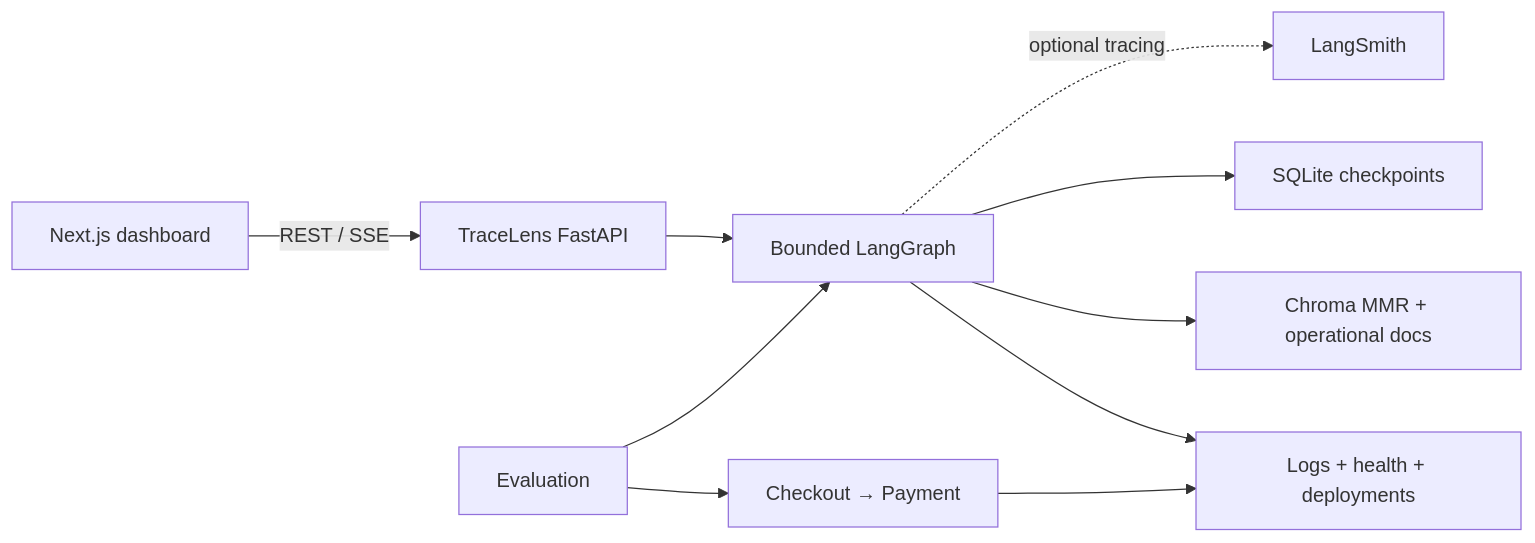
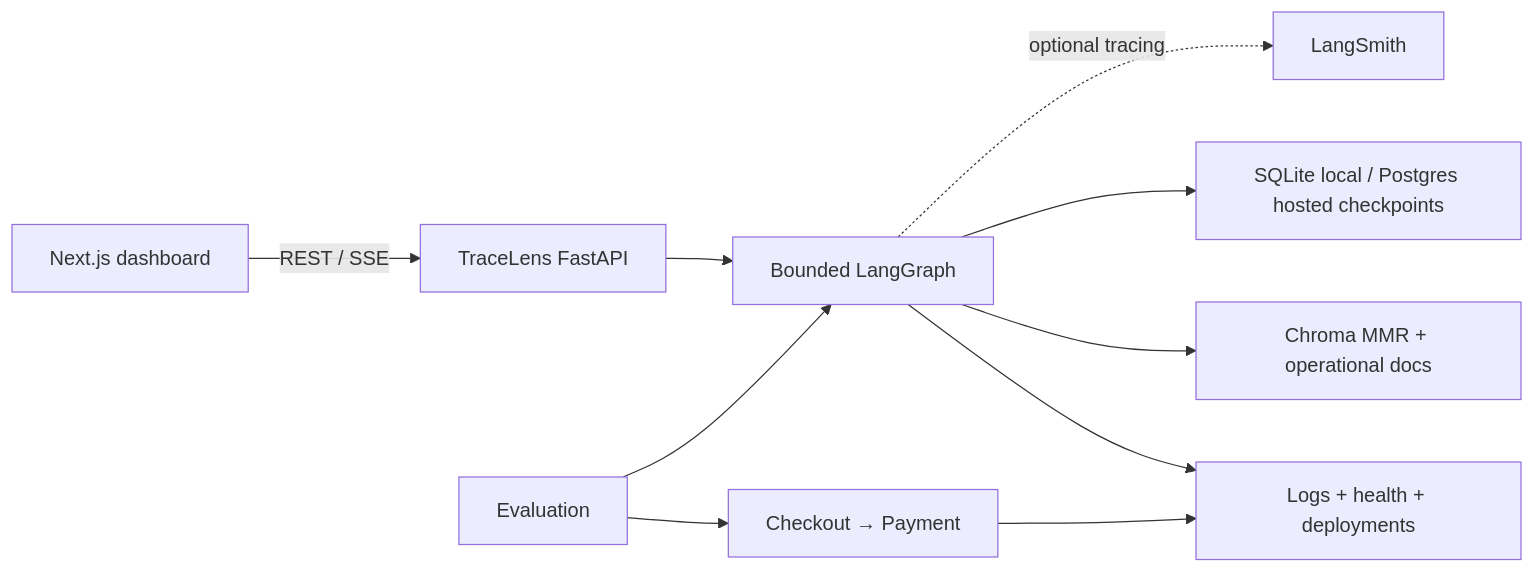
One commit to dumpydon/TraceLens changed the diagram in README.md. Above: the diagram before and after it, drawn with Mermaid. The commit also changed other lines of this file and 22 other files, not shown here.

````diff
--- a/README.md
+++ b/README.md
@@ -20,12 +20,12 @@
 ```mermaid
 flowchart LR
     Browser["Next.js dashboard"] -->|"REST / SSE"| API["TraceLens FastAPI"]
     API --> Graph["Bounded LangGraph"]
     Graph --> Runtime["Logs + health + deployments"]
     Graph --> RAG["Chroma MMR + operational docs"]
-    Graph --> Checkpoints["SQLite checkpoints"]
+    Graph --> Checkpoints["SQLite local / Postgres hosted checkpoints"]
     Graph -.->|"optional tracing"| LangSmith
     Lab["Checkout → Payment"] --> Runtime
     Evaluation --> Lab
     Evaluation --> Graph
 ```
````
